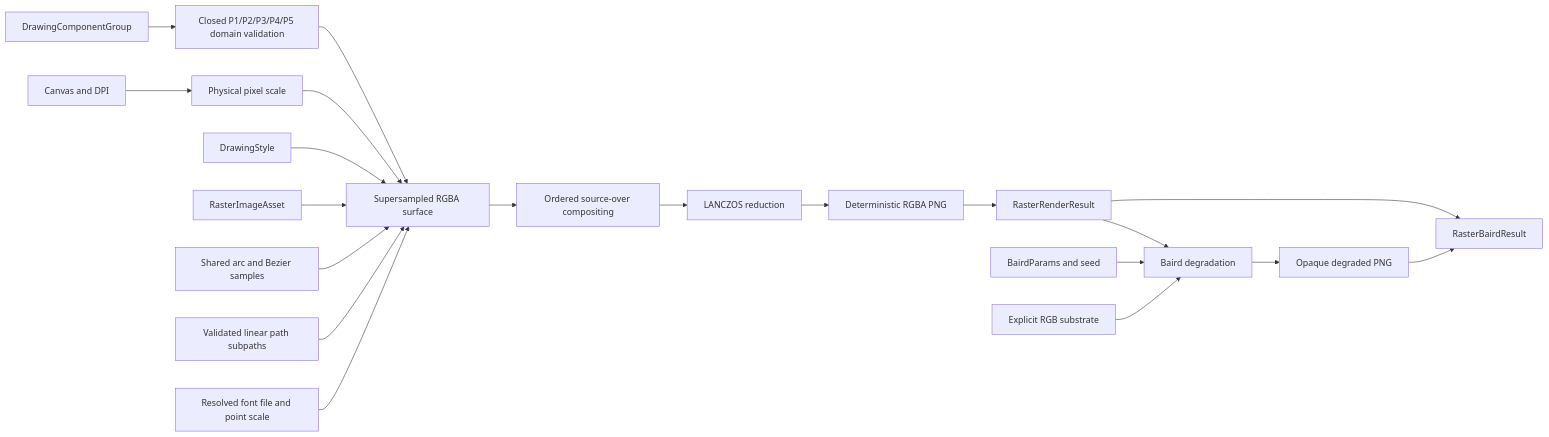
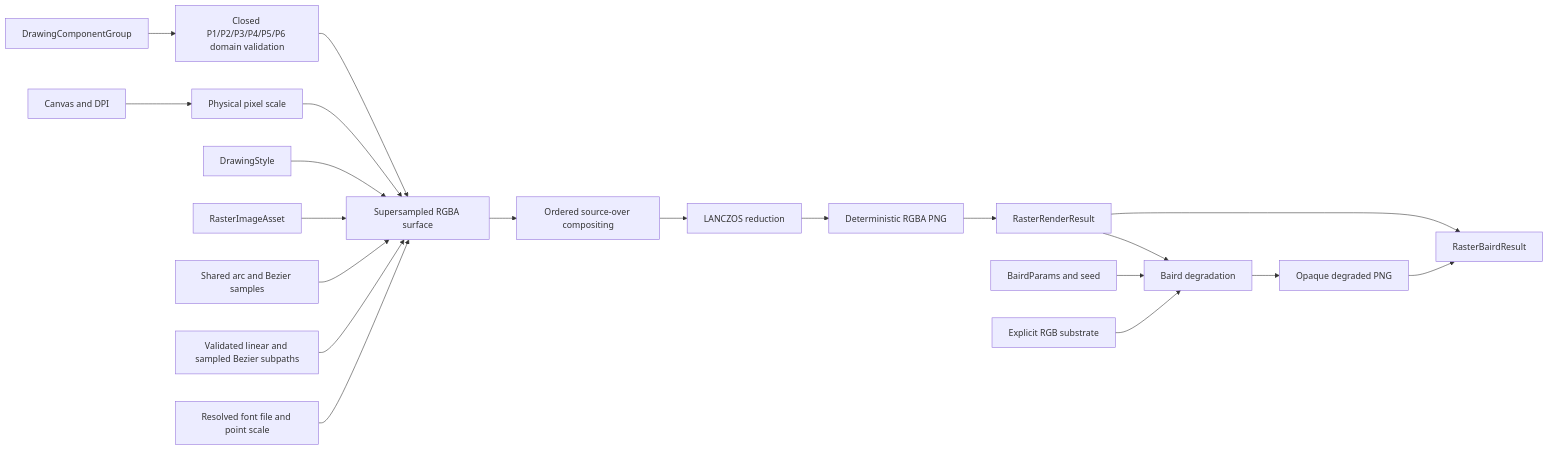
Before and after one commit to cmill32405/InkGen: the diagram in docs/diagrams/raster-renderer.mmd, drawn with Mermaid. The commit also changed 10 other files, not shown here.

Commit message:
Add sampled raster path curves

```diff
--- a/docs/diagrams/raster-renderer.mmd
+++ b/docs/diagrams/raster-renderer.mmd
@@ -1,20 +1,20 @@
 flowchart LR
-    Group[DrawingComponentGroup] --> Validate[Closed P1/P2/P3/P4/P5 domain validation]
+    Group[DrawingComponentGroup] --> Validate[Closed P1/P2/P3/P4/P5/P6 domain validation]
     Canvas[Canvas and DPI] --> Scale[Physical pixel scale]
     Validate --> Surface[Supersampled RGBA surface]
     Scale --> Surface
     Style[DrawingStyle] --> Surface
     Assets[RasterImageAsset] --> Surface
     Curves[Shared arc and Bezier samples] --> Surface
-    Paths[Validated linear path subpaths] --> Surface
+    Paths[Validated linear and sampled Bezier subpaths] --> Surface
     Font[Resolved font file and point scale] --> Surface
     Surface --> Composite[Ordered source-over compositing]
     Composite --> Reduce[LANCZOS reduction]
     Reduce --> PNG[Deterministic RGBA PNG]
     PNG --> Result[RasterRenderResult]
     Result --> Pair[RasterBairdResult]
     Result --> Baird[Baird degradation]
     Params[BairdParams and seed] --> Baird
     Substrate[Explicit RGB substrate] --> Baird
     Baird --> Scan[Opaque degraded PNG]
     Scan --> Pair
```
